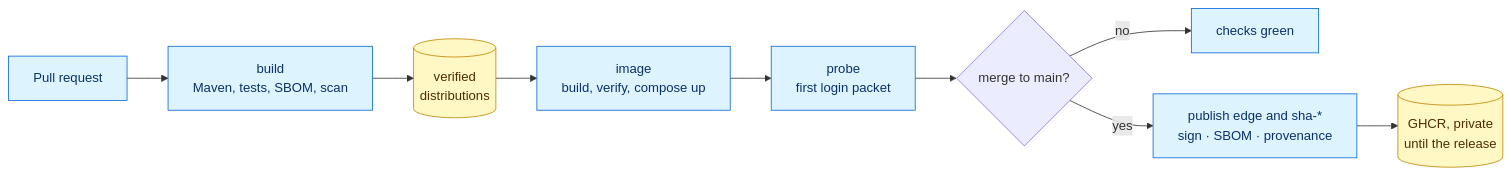
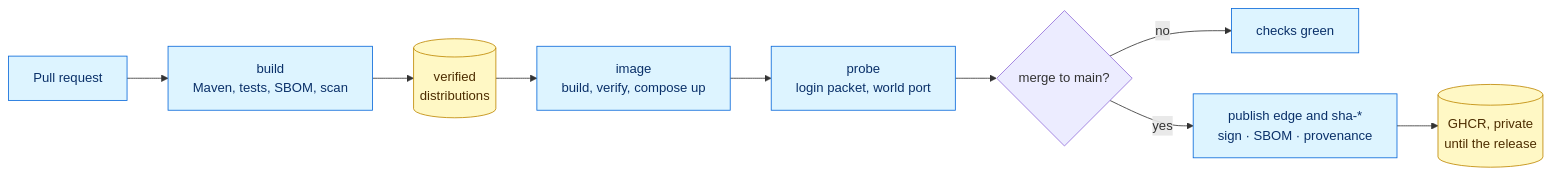
Before and after one commit to l2go/l2jfree: the fourth of 5 diagrams in docs/architecture.md, drawn with Mermaid. The commit also changed other lines of this file and 806 other files, not shown here.

First line of the commit message:
Move the world data to PostgreSQL 18 and run login and world in one process (#133)

````diff
--- a/docs/architecture.md
+++ b/docs/architecture.md
@@ -87,16 +95,16 @@
 ```mermaid
 flowchart LR
     pr["Pull request"] --> build["build<br/>Maven, tests, SBOM, scan"]
     build --> dist[("verified<br/>distributions")]
     dist --> image["image<br/>build, verify, compose up"]
-    image --> probe["probe<br/>first login packet"]
+    image --> probe["probe<br/>login packet, world port"]
     probe --> gate{"merge to main?"}
     gate -- "no" --> done["checks green"]
     gate -- "yes" --> publish["publish edge and sha-*<br/>sign · SBOM · provenance"]
     publish --> ghcr[("GHCR, private<br/>until the release")]
 
     classDef step fill:#ddf4ff,stroke:#0969da,color:#0a3069
     classDef store fill:#fff8c5,stroke:#bf8700,color:#4d2d00
     class pr,build,image,probe,publish,done step
     class dist,ghcr store
 ```
````
